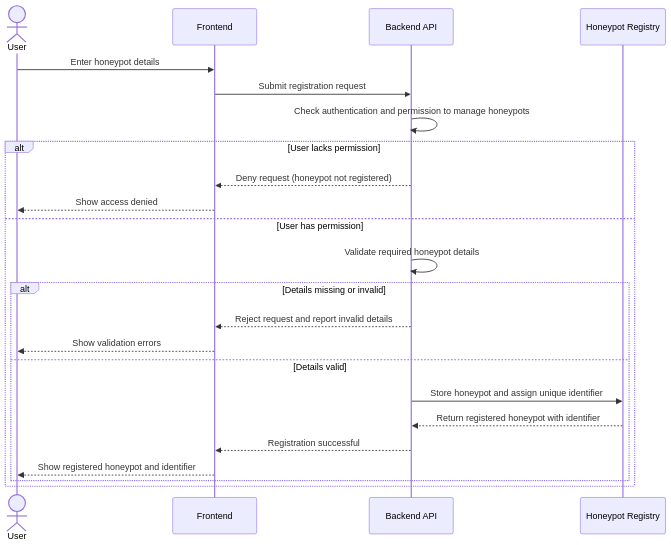
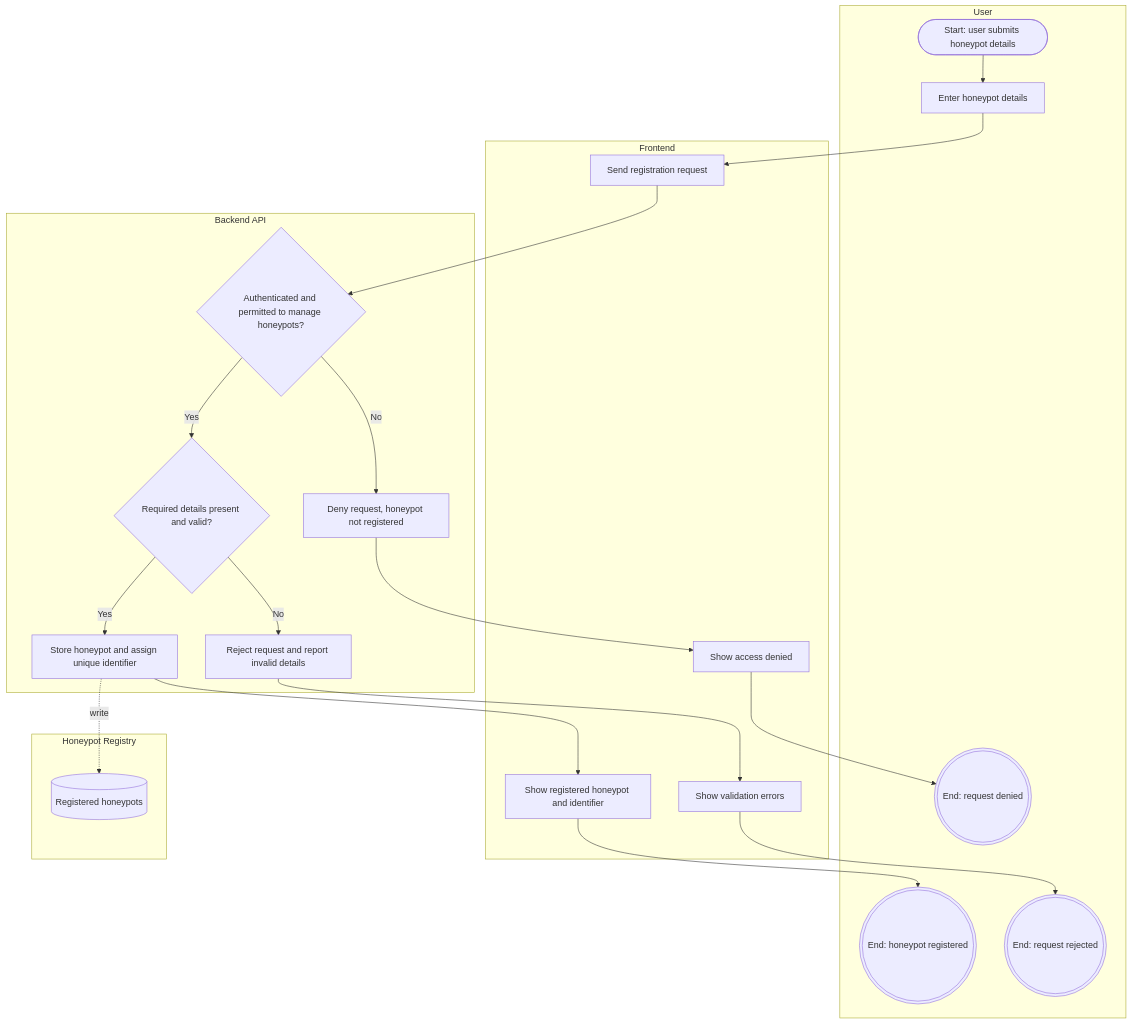
The diagram in docs/analysis/behavior/US-03-honeypot-registration.md (El-Dorado26/hive-honeypot-network), drawn with Mermaid before and after one commit. The commit also changed other lines of this file, not shown here.

Commit message:
Change UML Sequence Diagram to Business Process Diagram
Updated UML Sequence Diagram to Business Process Diagram and modified the flowchart representation.

````diff
--- a/docs/analysis/behavior/US-03-honeypot-registration.md
+++ b/docs/analysis/behavior/US-03-honeypot-registration.md
@@ -40,28 +42,37 @@
 ```mermaid
-sequenceDiagram
-    actor User
-    participant UI as Frontend
-    participant API as Backend API
-    participant DB as Honeypot Registry
+flowchart TB
+    subgraph U["User"]
+        U1(["Start: user submits honeypot details"])
+        U2["Enter honeypot details"]
+        UE1((("End: honeypot registered")))
+        UE2((("End: request denied")))
+        UE3((("End: request rejected")))
+    end
 
-    User->>UI: Enter honeypot details
-    UI->>API: Submit registration request
-    API->>API: Check authentication and permission to manage honeypots
+    subgraph F["Frontend"]
+        F1["Send registration request"]
+        F2["Show access denied"]
+        F3["Show validation errors"]
+        F4["Show registered honeypot and identifier"]
+    end
 
-    alt User lacks permission
-        API-->>UI: Deny request (honeypot not registered)
-        UI-->>User: Show access denied
-    else User has permission
-        API->>API: Validate required honeypot details
+    subgraph B["Backend API"]
+        B1{"Authenticated and permitted to manage honeypots?"}
+        B2["Deny request, honeypot not registered"]
+        B3{"Required details present and valid?"}
+        B4["Reject request and report invalid details"]
+        B5["Store honeypot and assign unique identifier"]
+    end
 
-        alt Details missing or invalid
-            API-->>UI: Reject request and report invalid details
-            UI-->>User: Show validation errors
-        else Details valid
-            API->>DB: Store honeypot and assign unique identifier
-            DB-->>API: Return registered honeypot with identifier
-            API-->>UI: Registration successful
-            UI-->>User: Show registered honeypot and identifier
-        end
+    subgraph D["Honeypot Registry"]
+        D1[("Registered honeypots")]
     end
+
+    U1 --> U2 --> F1 --> B1
+    B1 -->|"No"| B2 --> F2 --> UE2
+    B1 -->|"Yes"| B3
+    B3 -->|"No"| B4 --> F3 --> UE3
+    B3 -->|"Yes"| B5
+    B5 -.->|"write"| D1
+    B5 --> F4 --> UE1
 ```
````
